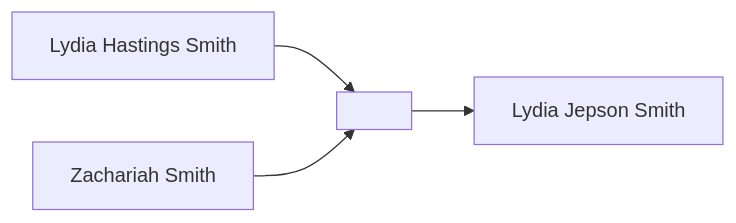
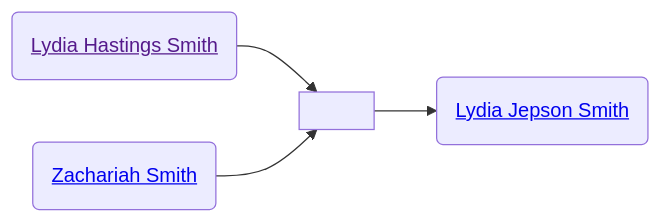
One commit to neelsmith/avocational changed the diagram in familyhistory/sources/people/Merrill-line/White-line/Candace-Smith-line/Lydia_Hastings_Smith.qmd. Above: the diagram before and after it, drawn with Mermaid. The commit also changed 71 other files, not shown here.

````diff
--- a/familyhistory/sources/people/Merrill-line/White-line/Candace-Smith-line/Lydia_Hastings_Smith.qmd
+++ b/familyhistory/sources/people/Merrill-line/White-line/Candace-Smith-line/Lydia_Hastings_Smith.qmd
@@ -26,6 +26,11 @@
 ```{mermaid}
 graph LR
-Lydia_Hastings_Smith[Lydia Hastings Smith] --> Lydia_Hastings_Smith+Zachariah_Smith[ ]
-Zachariah_Smith[Zachariah Smith] --> Lydia_Hastings_Smith+Zachariah_Smith[ ]
-Lydia_Hastings_Smith+Zachariah_Smith[ ] --> Lydia_Jepson_Smith[Lydia Jepson Smith]
+class Lydia_Hastings_Smith_and_Zachariah_Smith marriage
+Lydia_Hastings_Smith(<a href=''>Lydia Hastings Smith</>) --> Lydia_Hastings_Smith_and_Zachariah_Smith[ ]
+Zachariah_Smith(<a href='./Zachariah_Smith.html'>Zachariah Smith</>) --> Lydia_Hastings_Smith_and_Zachariah_Smith(( ))
+Lydia_Hastings_Smith_and_Zachariah_Smith[ ] --> Lydia_Jepson_Smith(<a href='./Lydia_Jepson_Smith.html'>Lydia Jepson Smith</>)
+classDef mother fill:#ffd1dc
+classDef father fill:#daf0f7  
+classDef marriage fill:#ffffff
+
 ```
````
